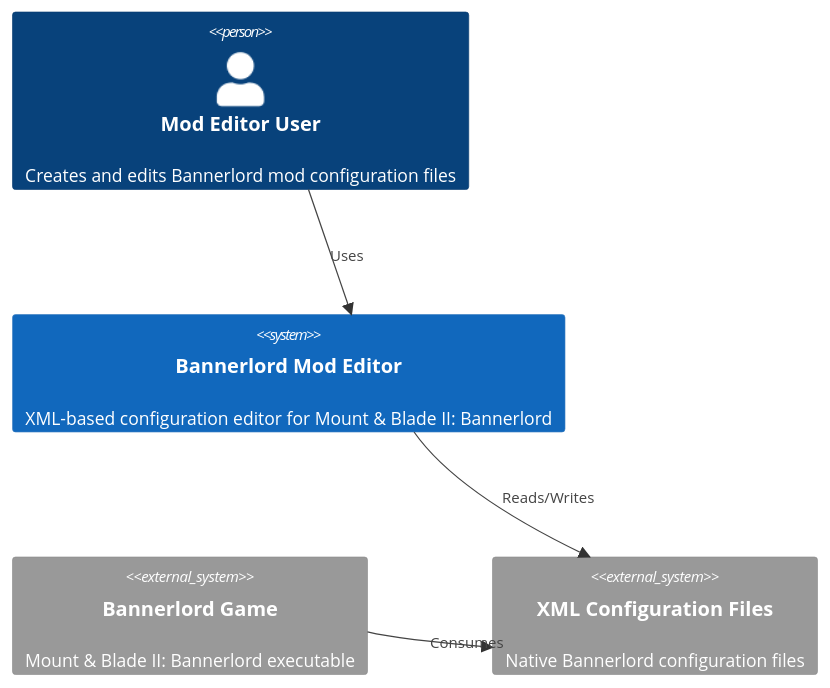
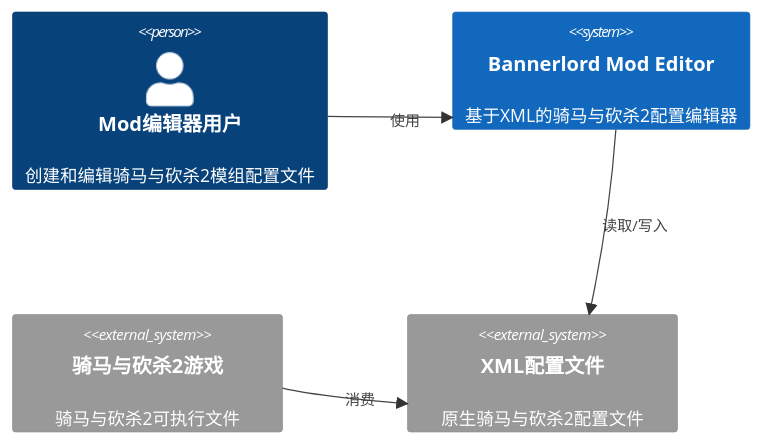
One commit to BannerlordModer/BannerlordModEditor changed the first of 3 diagrams in docs/reference/architecture.md. Above: the diagram before and after it, drawn with Mermaid. The commit also changed other lines of this file, not shown here.

First line of the commit message:
docs: translate architecture document to Chinese and fix C4Container rendering

````diff
--- a/docs/reference/architecture.md
+++ b/docs/reference/architecture.md
@@ -10,11 +10,11 @@
 ```mermaid
 C4Context
-    Person(editor, "Mod Editor User", "Creates and edits Bannerlord mod configuration files")
-    System(modEditor, "Bannerlord Mod Editor", "XML-based configuration editor for Mount & Blade II: Bannerlord")
-    System_Ext(bannerlord, "Bannerlord Game", "Mount & Blade II: Bannerlord executable")
-    System_Ext(xmlFiles, "XML Configuration Files", "Native Bannerlord configuration files")
+    Person(editor, "Mod编辑器用户", "创建和编辑骑马与砍杀2模组配置文件")
+    System(modEditor, "Bannerlord Mod Editor", "基于XML的骑马与砍杀2配置编辑器")
+    System_Ext(bannerlord, "骑马与砍杀2游戏", "骑马与砍杀2可执行文件")
+    System_Ext(xmlFiles, "XML配置文件", "原生骑马与砍杀2配置文件")
     
-    Rel(editor, modEditor, "Uses")
-    Rel(modEditor, xmlFiles, "Reads/Writes")
-    Rel(bannerlord, xmlFiles, "Consumes")
+    Rel(editor, modEditor, "使用")
+    Rel(modEditor, xmlFiles, "读取/写入")
+    Rel(bannerlord, xmlFiles, "消费")
 ```
````
